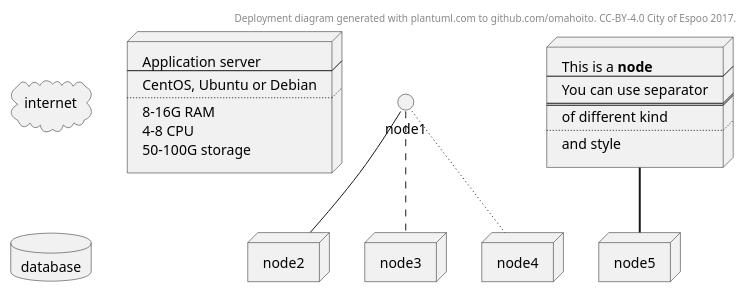
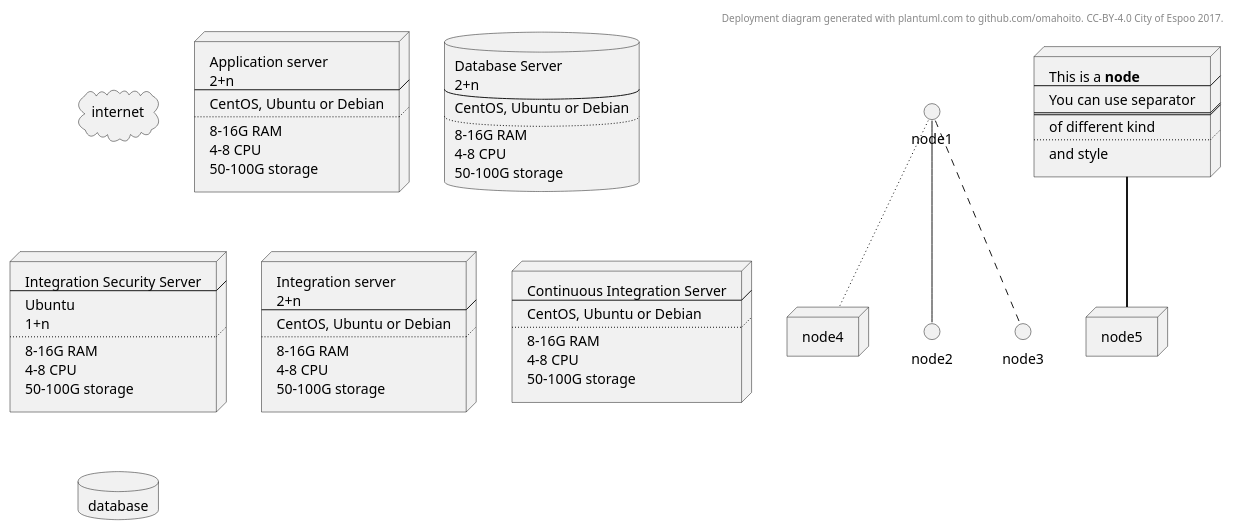
One commit to ruoat/definitions changed the diagram in deployment.MD. Above: the diagram before and after it, drawn with PlantUML.

```diff
--- a/deployment.MD
+++ b/deployment.MD
@@ -1,35 +1,73 @@
 @startuml
 header
 Deployment diagram generated with plantuml.com to github.com/omahoito. CC-BY-4.0 City of Espoo 2017.
 endheader
 
 cloud internet
 node nodeas [
-Application server
+Application server 
+2+n
 ----
 CentOS, Ubuntu or Debian
 ....
 8-16G RAM
 4-8 CPU
 50-100G storage
 ]
-node node2
-node node3
+database database1 [
+Database Server 
+2+n
+----
+CentOS, Ubuntu or Debian
+....
+8-16G RAM
+4-8 CPU
+50-100G storage
+]
+node nodeintegration1 [
+Integration Security Server
+----
+Ubuntu
+1+n
+....
+8-16G RAM
+4-8 CPU
+50-100G storage
+]
+node nodeintegration2 [
+Integration server
+2+n
+----
+CentOS, Ubuntu or Debian
+....
+8-16G RAM
+4-8 CPU
+50-100G storage
+]
+node nodeci [
+Continuous Integration Server
+----
+CentOS, Ubuntu or Debian
+....
+8-16G RAM
+4-8 CPU
+50-100G storage
+]
 node node4
 database database
 node node5
 node node6 [
 This is a <b>node
 ----
 You can use separator
 ====
 of different kind
 ....
 and style
 ]
 
 node1 -- node2
 node1 .. node3
 node1 ~~ node4
 node6 == node5
 @enduml
```
